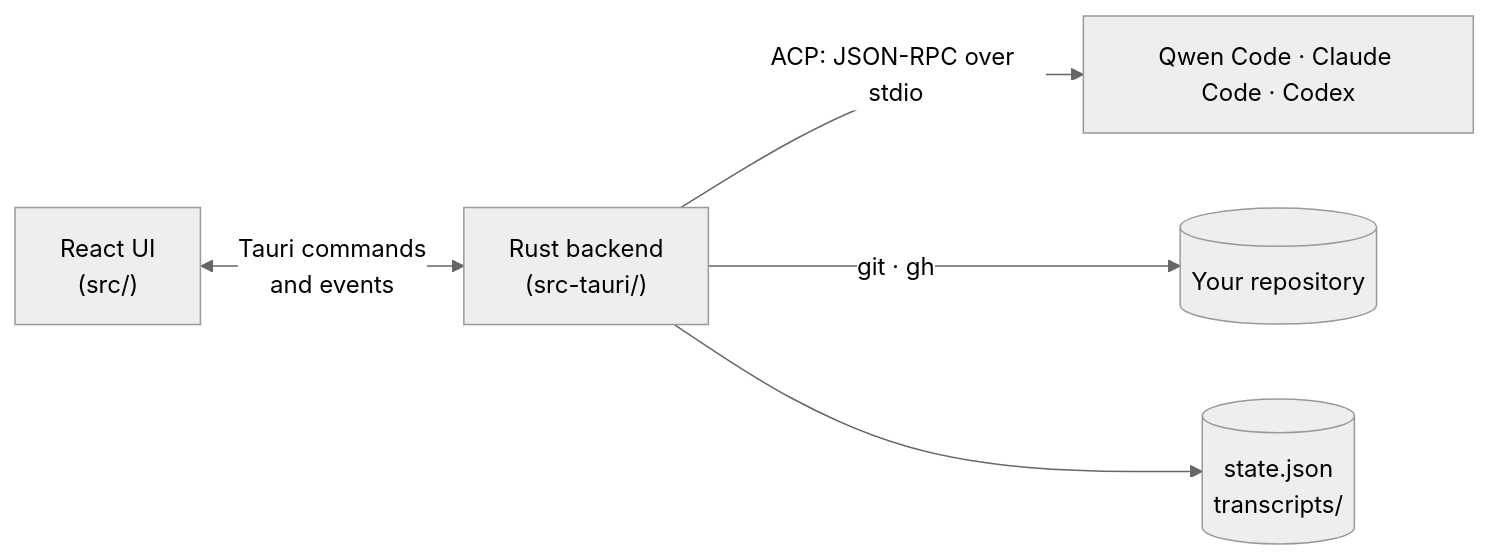
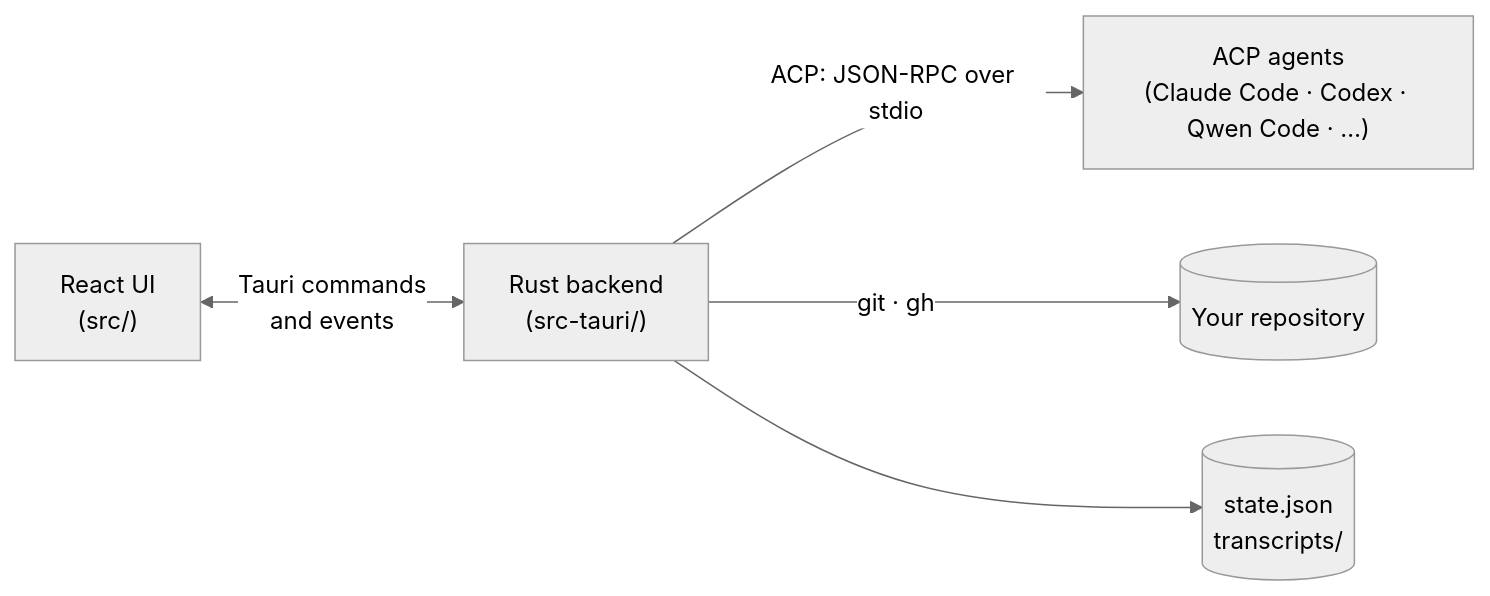
One commit to zakyirsyaad/agent-desktop changed the diagram in README.md. Above: the diagram before and after it, drawn with Mermaid (neutral theme). The commit also changed other lines of this file, not shown here.

````diff
--- a/README.md
+++ b/README.md
@@ -206,7 +221,7 @@
 ```mermaid
 flowchart LR
   UI["React UI<br/>(src/)"] <-- "Tauri commands<br/>and events" --> Core["Rust backend<br/>(src-tauri/)"]
-  Core -- "ACP: JSON-RPC over stdio" --> ACP["Qwen Code · Claude Code · Codex"]
+  Core -- "ACP: JSON-RPC over stdio" --> ACP["ACP agents<br/>(Claude Code · Codex · Qwen Code · …)"]
   Core -- "git · gh" --> Repo[("Your repository")]
   Core --> Store[("state.json<br/>transcripts/")]
 ```
````
